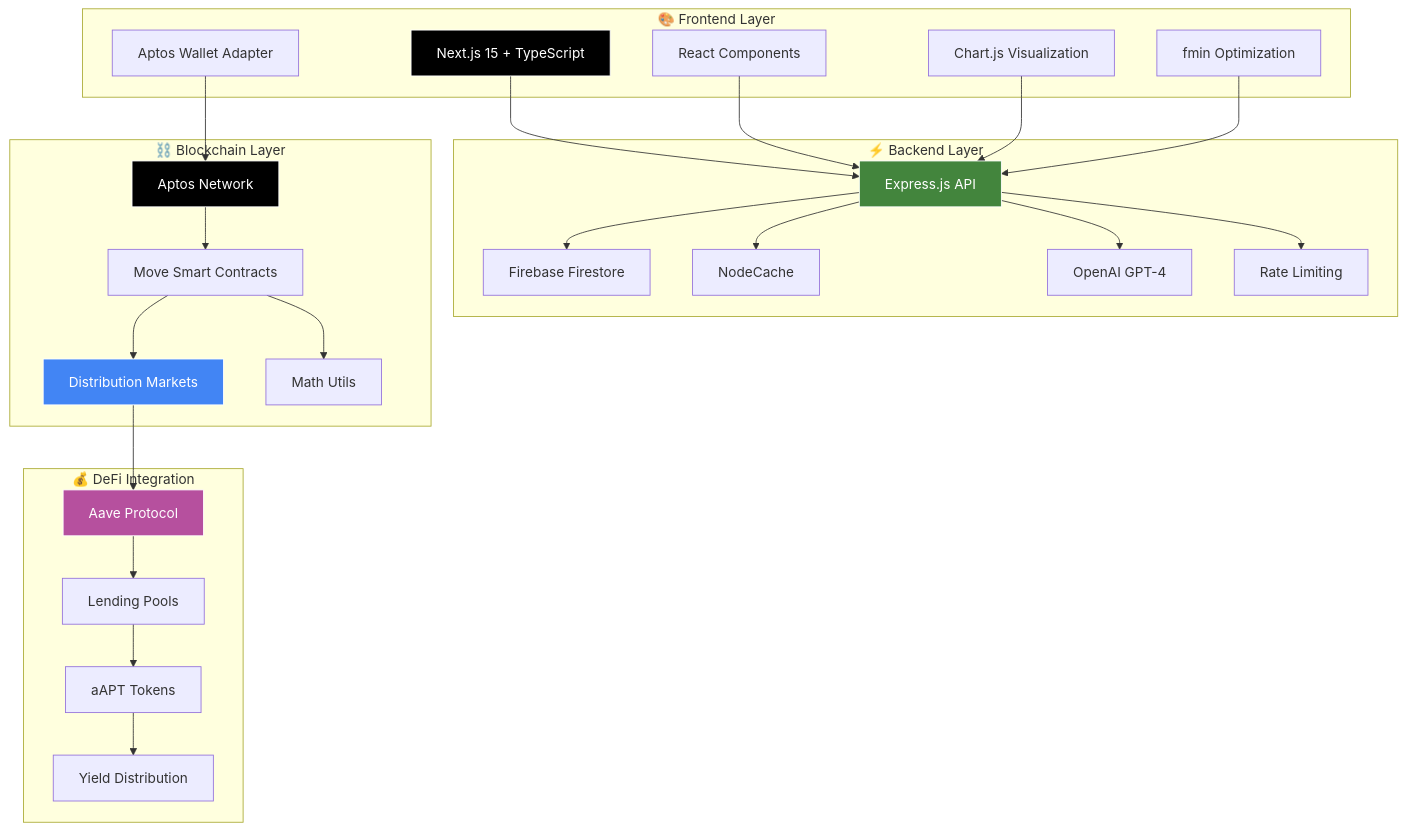
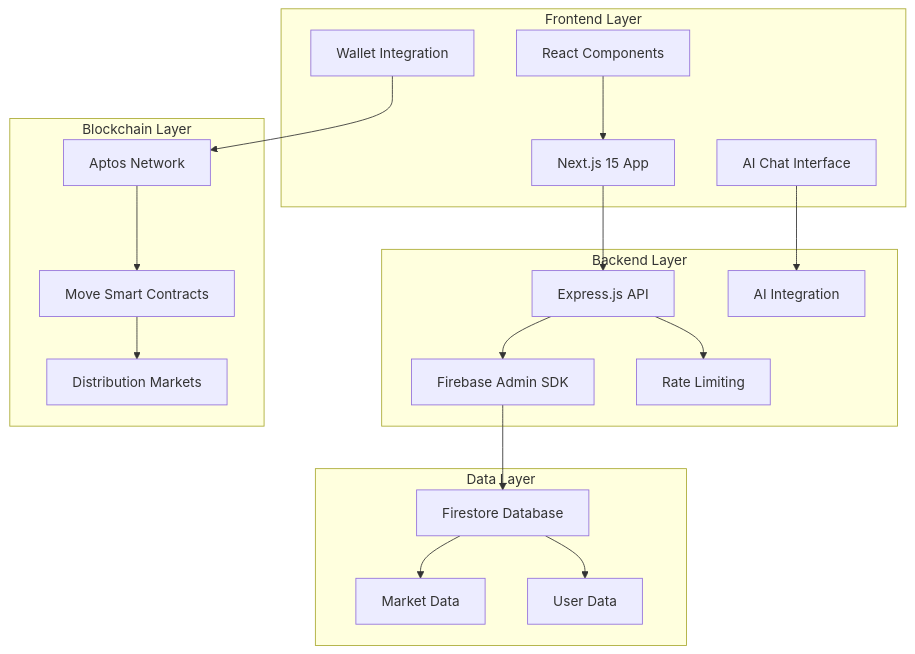
The diagram in README.md (aryanbaranwal001/aptos_distribution_markets), drawn with Mermaid before and after one commit. The commit also changed other lines of this file, not shown here.

````diff
--- a/README.md
+++ b/README.md
@@ -64,65 +103,71 @@
 ```mermaid
+
 graph TB
-    subgraph "🎨 Frontend Layer"
-        A[Next.js 15 + TypeScript]
-        B[React Components]
-        C[Chart.js Visualization]
-        D[Aptos Wallet Adapter]
-        E[fmin Optimization]
-    end
-    
-    subgraph "⚡ Backend Layer"
-        F[Express.js API]
-        G[Firebase Firestore]
-        H[NodeCache]
-        I[OpenAI GPT-4]
-        J[Rate Limiting]
-    end
-    
-    subgraph "⛓️ Blockchain Layer"
-        K[Aptos Network]
-        L[Move Smart Contracts]
-        M[Distribution Markets]
-        N[Math Utils]
-    end
-    
-    subgraph "💰 DeFi Integration"
-        O[Aave Protocol]
-        P[Lending Pools]
-        Q[aAPT Tokens]
-        R[Yield Distribution]
-    end
-    
-    %% Frontend to Backend connections
-    A --> F
-    B --> F
-    C --> F
-    E --> F
-    
-    %% Frontend to Blockchain connections
-    D --> K
-    
-    %% Backend internal connections
-    F --> G
-    F --> H
-    F --> I
-    F --> J
-    
-    %% Blockchain internal connections
-    K --> L
-    L --> M
-    L --> N
-    
-    %% DeFi integration connections
-    M --> O
-    O --> P
-    P --> Q
-    Q --> R
-    
-    %% Styling
-    style A fill:#000000,stroke:#ffffff,color:#ffffff
-    style K fill:#000000,stroke:#ffffff,color:#ffffff
-    style O fill:#B6509E,stroke:#ffffff,color:#ffffff
-    style M fill:#4285F4,stroke:#ffffff,color:#ffffff
-    style F fill:#43853D,stroke:#ffffff,color:#ffffff
+
+subgraph "Frontend Layer"
+
+A[Next.js 15 App]
+
+B[React Components]
+
+C[Wallet Integration]
+
+D[AI Chat Interface]
+
+end
+
+subgraph "Backend Layer"
+
+E[Express.js API]
+
+F[Firebase Admin SDK]
+
+G[Rate Limiting]
+
+H[AI Integration]
+
+end
+
+subgraph "Blockchain Layer"
+
+I[Aptos Network]
+
+J[Move Smart Contracts]
+
+K[Distribution Markets]
+
+end
+
+subgraph "Data Layer"
+
+L[Firestore Database]
+
+M[Market Data]
+
+N[User Data]
+
+end
+
+A --> E
+
+B --> A
+
+C --> I
+
+D --> H
+
+E --> F
+
+E --> G
+
+F --> L
+
+I --> J
+
+J --> K
+
+L --> M
+
+L --> N
+
 ```
````
